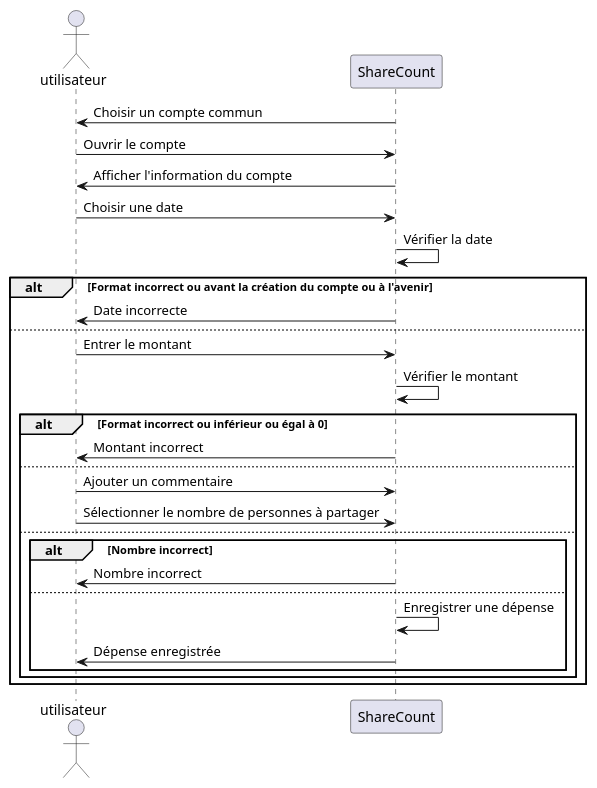
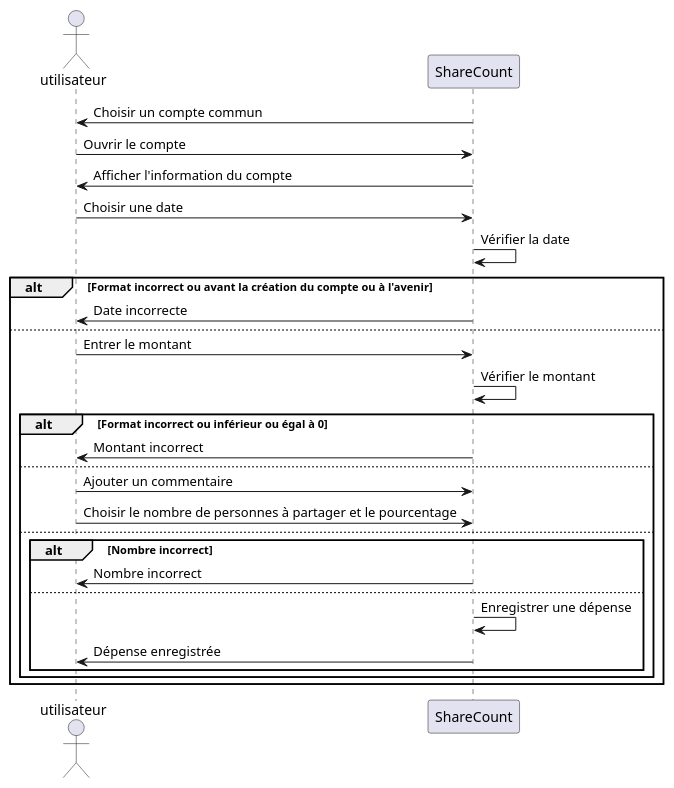
The diagram in diagrammes/specification/sequence/enregistrer-une-depense.puml (lmtb06/sharecount), drawn with PlantUML before and after one commit. The commit also changed 1 other file, not shown here.

Commit message:
Modification des diagrammes 7 et 8

```diff
--- a/diagrammes/specification/sequence/enregistrer-une-depense.puml
+++ b/diagrammes/specification/sequence/enregistrer-une-depense.puml
@@ -1,37 +1,37 @@
 @startuml  Enregistrer une dépense
 
 actor utilisateur as u
 participant ShareCount as sc
 
 sc -> u : Choisir un compte commun
 u -> sc : Ouvrir le compte
 sc -> u : Afficher l'information du compte
 u -> sc : Choisir une date
 sc -> sc : Vérifier la date
 
 alt Format incorrect ou avant la création du compte ou à l'avenir
 sc -> u : Date incorrecte
 else
 
 
 u -> sc : Entrer le montant
 sc -> sc : Vérifier le montant
 alt Format incorrect ou inférieur ou égal à 0
 sc -> u : Montant incorrect
 else
 
 u -> sc : Ajouter un commentaire
-u -> sc : Sélectionner le nombre de personnes à partager
+u -> sc : Choisir le nombre de personnes à partager et le pourcentage
 else
 
 alt Nombre incorrect
 sc -> u : Nombre incorrect
 else
 
 sc -> sc : Enregistrer une dépense
 sc -> u : Dépense enregistrée
 
 end
 end
 end
 @enduml
```
